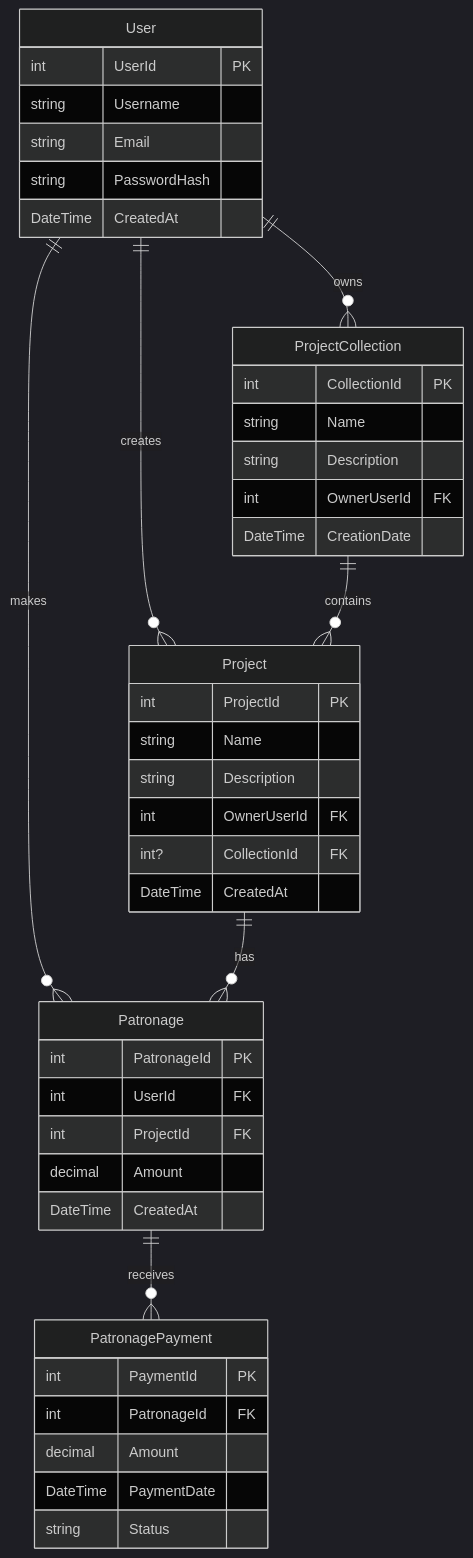
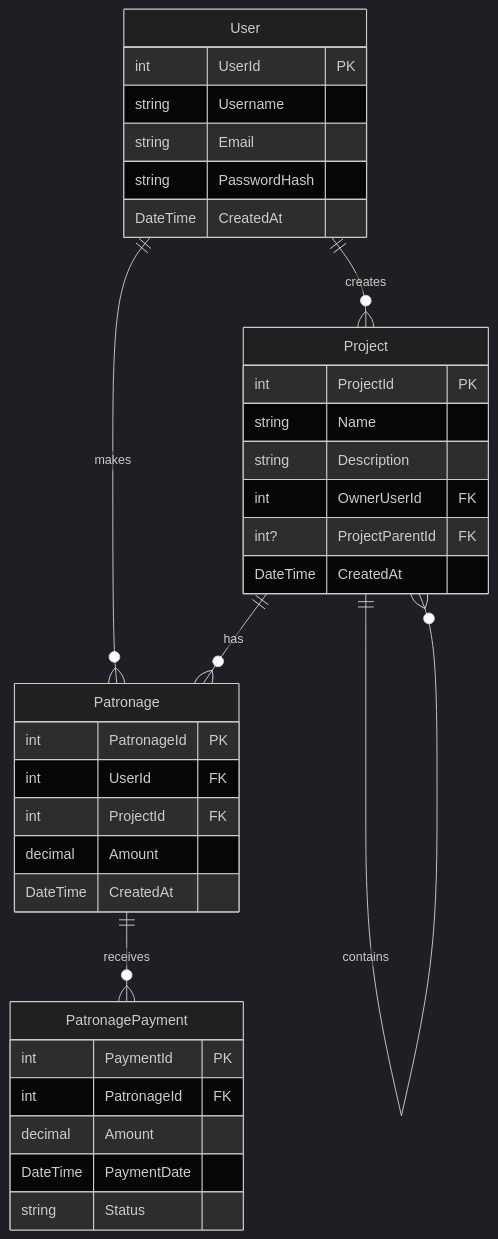
One commit to ErikPohl444/Peggy changed the diagram in docs/erd.md. Above: the diagram before and after it, drawn with Mermaid (dark theme). The commit also changed other lines of this file and 8 other files, not shown here.

````diff
--- a/docs/erd.md
+++ b/docs/erd.md
@@ -7,50 +7,41 @@
 ```mermaid
 erDiagram
     User ||--o{ Project : creates
     User ||--o{ Patronage : makes
-    User ||--o{ ProjectCollection : owns
     Project ||--o{ Patronage : has
     Patronage ||--o{ PatronagePayment : receives
-    ProjectCollection ||--o{ Project : contains
+    Project ||--o{ Project : contains
 
     User {
         int UserId PK
         string Username
         string Email
         string PasswordHash
         DateTime CreatedAt
     }
 
     Project {
         int ProjectId PK
         string Name
         string Description
         int OwnerUserId FK
-        int? CollectionId FK
+        int? ProjectParentId FK
         DateTime CreatedAt
     }
 
     Patronage {
         int PatronageId PK
         int UserId FK
         int ProjectId FK
         decimal Amount
         DateTime CreatedAt
     }
 
     PatronagePayment {
         int PaymentId PK
         int PatronageId FK
         decimal Amount
         DateTime PaymentDate
         string Status
     }
-
-    ProjectCollection {
-        int CollectionId PK
-        string Name
-        string Description
-        int OwnerUserId FK
-        DateTime CreationDate
-    }
 ```
````
